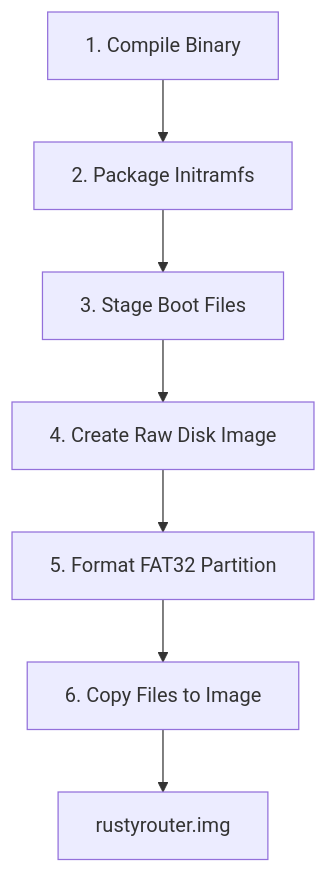
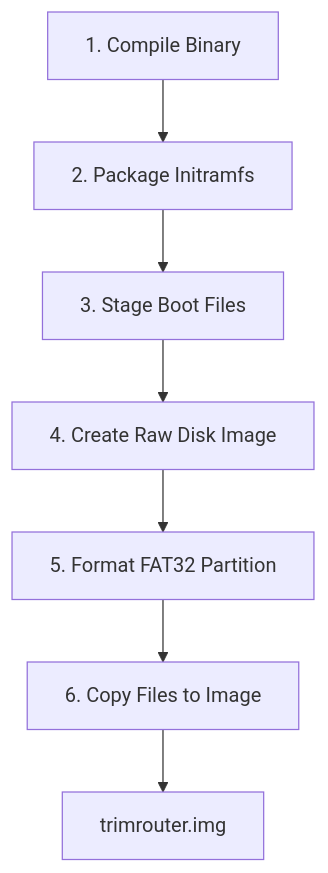
Before and after one commit to eaterofpies/trimrouter: the diagram in specs/sd_card_image_spec.md, drawn with Mermaid. The commit also changed other lines of this file and 21 other files, not shown here.

Commit message:
chore: rename project from rustyrouter to trimrouter, add MIT/Apache-2.0 license files

````diff
--- a/specs/sd_card_image_spec.md
+++ b/specs/sd_card_image_spec.md
@@ -13,9 +13,9 @@
 ```mermaid
 graph TD
     A[1. Compile Binary] --> B[2. Package Initramfs]
     B --> C[3. Stage Boot Files]
     C --> D[4. Create Raw Disk Image]
     D --> E[5. Format FAT32 Partition]
     E --> F[6. Copy Files to Image]
-    F --> G[rustyrouter.img]
+    F --> G[trimrouter.img]
 ```
````
